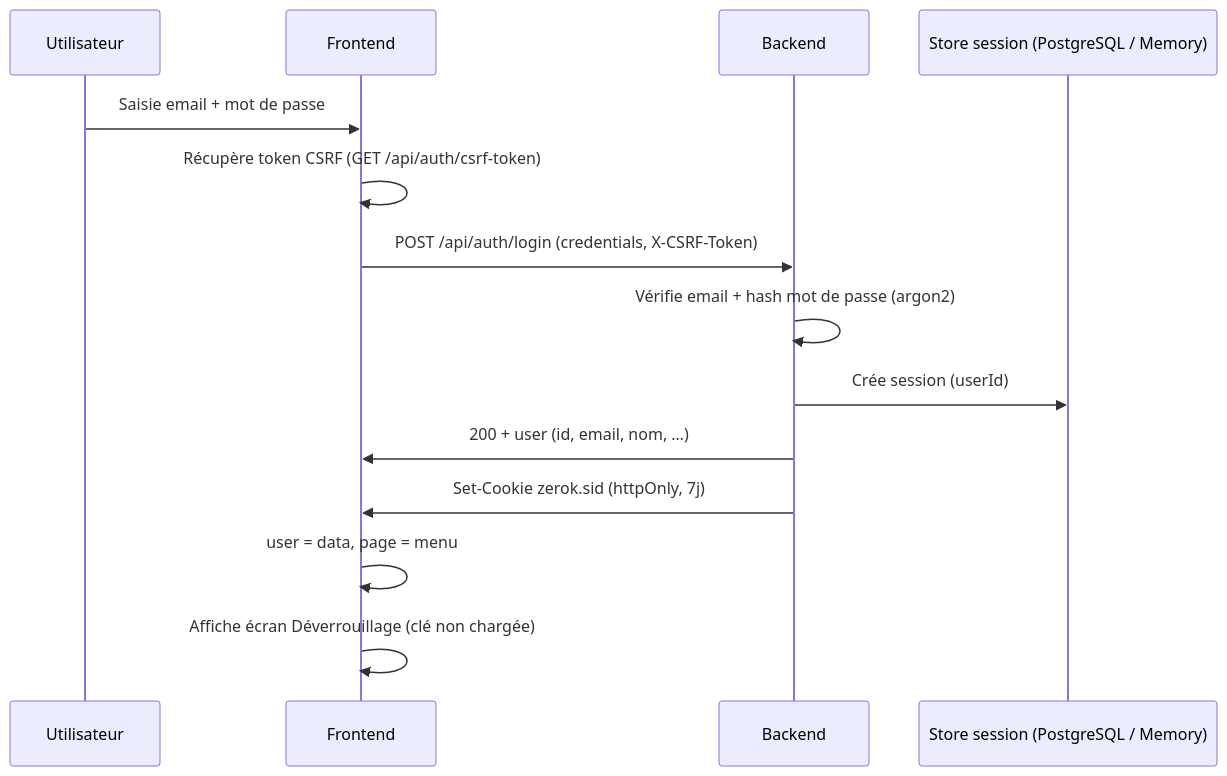
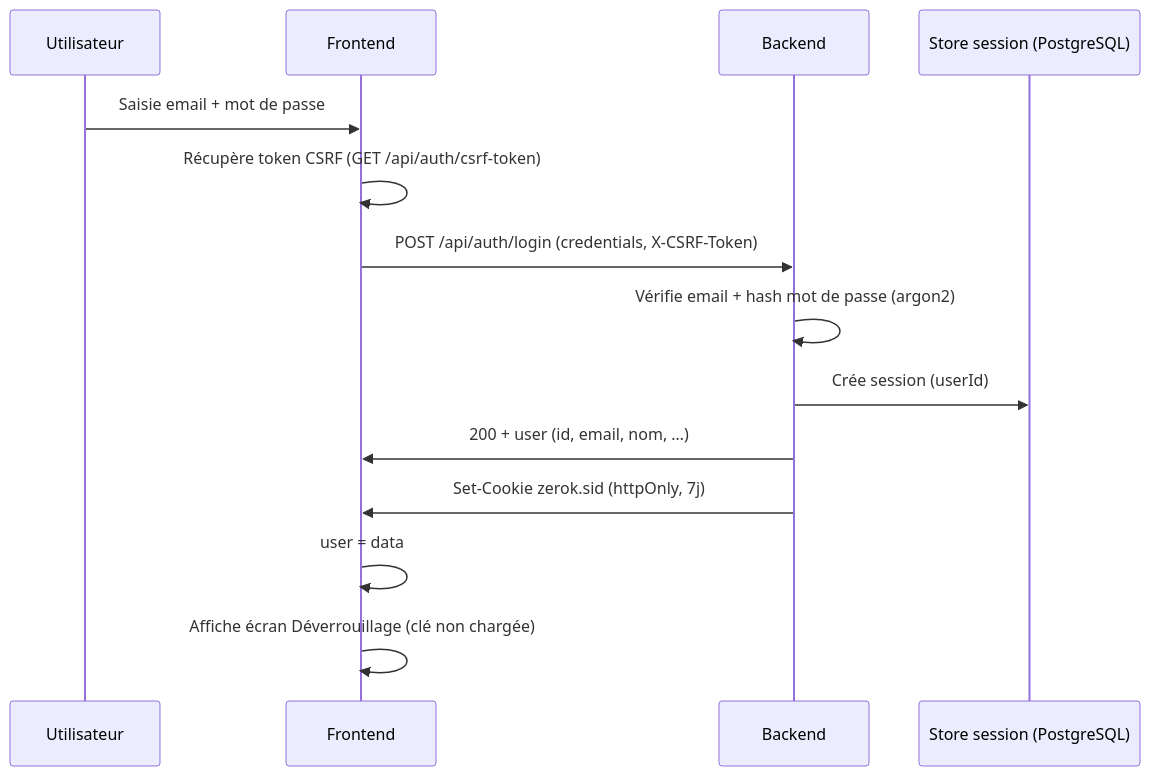
The first of 5 diagrams in docs/auth-session-derivation-cle.md (bannik62/zerok-billing), drawn with Mermaid before and after one commit. The commit also changed other lines of this file and 6 other files, not shown here.

````diff
--- a/docs/auth-session-derivation-cle.md
+++ b/docs/auth-session-derivation-cle.md
@@ -9,17 +11,17 @@
 ```mermaid
 sequenceDiagram
     participant U as Utilisateur
     participant F as Frontend
     participant B as Backend
-    participant S as Store session (PostgreSQL / Memory)
+    participant S as Store session (PostgreSQL)
 
     U->>F: Saisie email + mot de passe
     F->>F: Récupère token CSRF (GET /api/auth/csrf-token)
     F->>B: POST /api/auth/login (credentials, X-CSRF-Token)
     B->>B: Vérifie email + hash mot de passe (argon2)
     B->>S: Crée session (userId)
     B->>F: 200 + user (id, email, nom, …)
     B->>F: Set-Cookie zerok.sid (httpOnly, 7j)
-    F->>F: user = data, page = menu
+    F->>F: user = data
     F->>F: Affiche écran Déverrouillage (clé non chargée)
 ```
````
